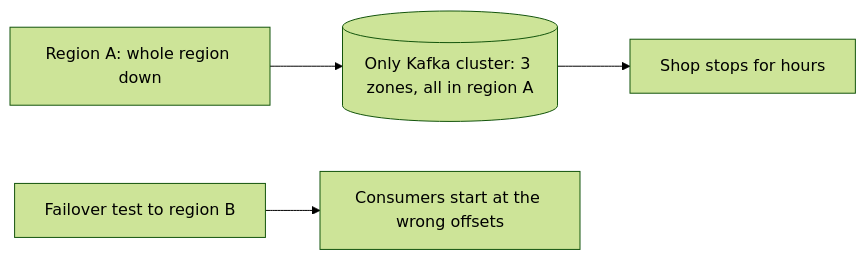
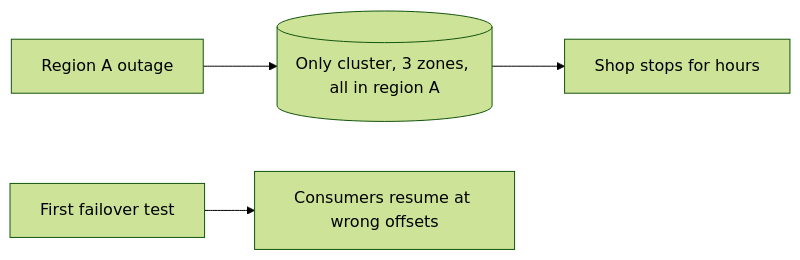
The first of 2 diagrams in notes/02-messaging/02-kafka/18-multi-cluster-disaster-recovery.md (jubin-techwiz/learning), drawn with Mermaid (forest theme) before and after one commit. The commit also changed other lines of this file and 37 other files, not shown here.

````diff
--- a/notes/02-messaging/02-kafka/18-multi-cluster-disaster-recovery.md
+++ b/notes/02-messaging/02-kafka/18-multi-cluster-disaster-recovery.md
@@ -26,6 +54,6 @@
 ```mermaid
 flowchart LR
-    R[Region A: whole region down] --> K[(Only Kafka cluster: 3 zones, all in region A)]
+    R[Region A outage] --> K[(Only cluster, 3 zones, all in region A)]
     K --> X[Shop stops for hours]
-    T[Failover test to region B] --> W[Consumers start at the wrong offsets]
+    T[First failover test] --> W[Consumers resume at wrong offsets]
 ```
````
